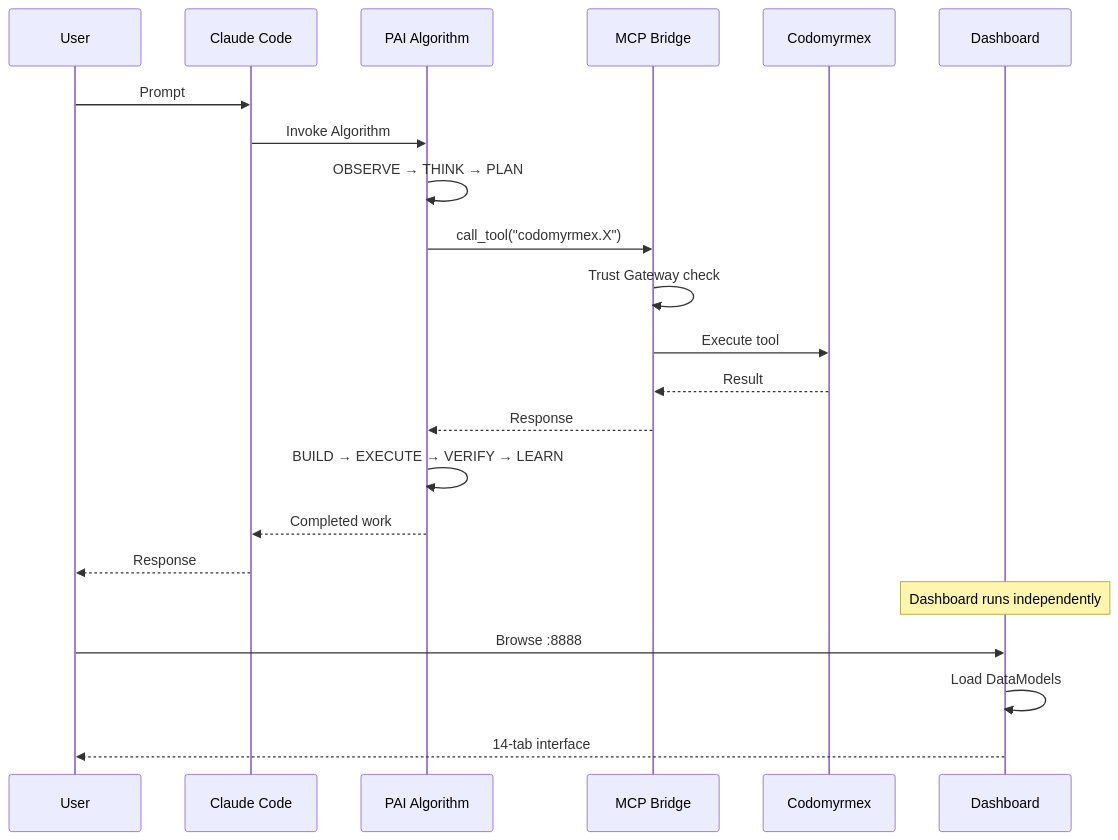
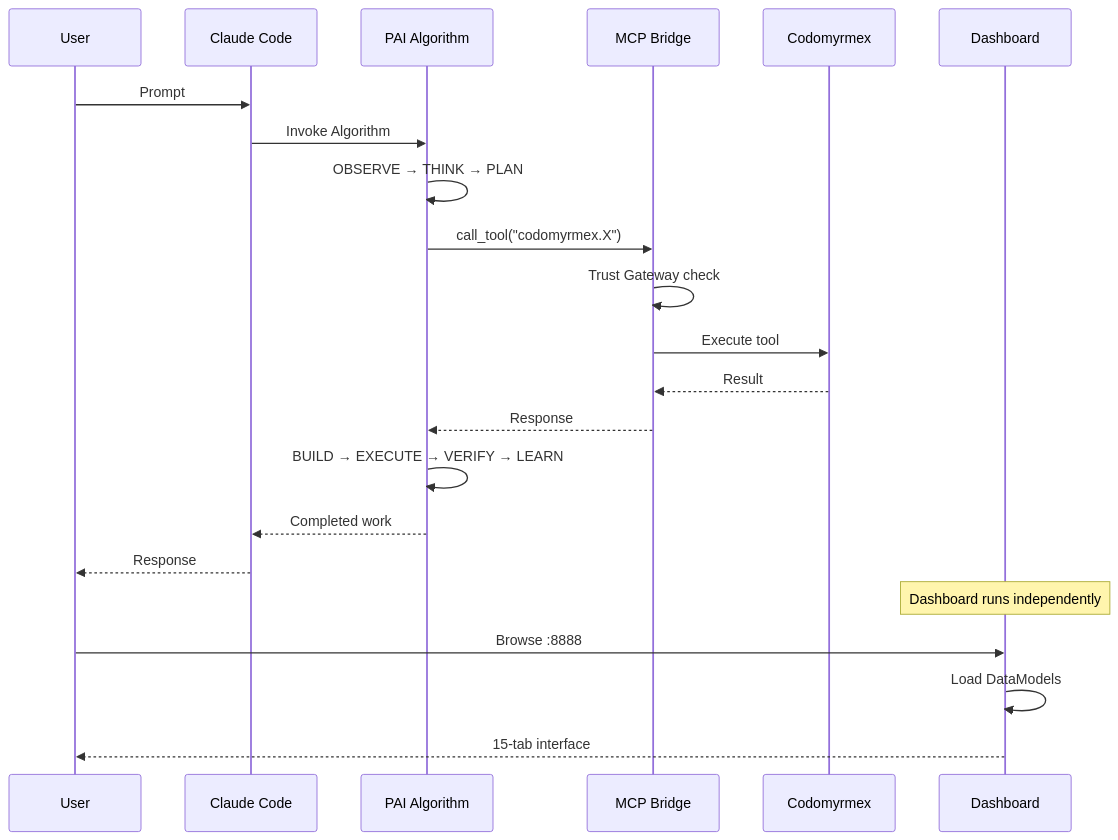
The eighth of 8 diagrams in docs/pai/README.md (docxology/codomyrmex), drawn with Mermaid before and after one commit. The commit also changed other lines of this file and 385 other files, not shown here.

````diff
--- a/docs/pai/README.md
+++ b/docs/pai/README.md
@@ -363,26 +393,26 @@
 ```mermaid
 sequenceDiagram
     participant U as User
     participant CC as Claude Code
     participant PAI as PAI Algorithm
     participant MCP as MCP Bridge
     participant CDM as Codomyrmex
     participant DB as Dashboard
 
     U->>CC: Prompt
     CC->>PAI: Invoke Algorithm
     PAI->>PAI: OBSERVE → THINK → PLAN
     PAI->>MCP: call_tool("codomyrmex.X")
     MCP->>MCP: Trust Gateway check
     MCP->>CDM: Execute tool
     CDM-->>MCP: Result
     MCP-->>PAI: Response
     PAI->>PAI: BUILD → EXECUTE → VERIFY → LEARN
     PAI-->>CC: Completed work
     CC-->>U: Response
 
     Note over DB: Dashboard runs independently
     U->>DB: Browse :8888
     DB->>DB: Load DataModels
-    DB-->>U: 14-tab interface
+    DB-->>U: 15-tab interface
 ```
````
